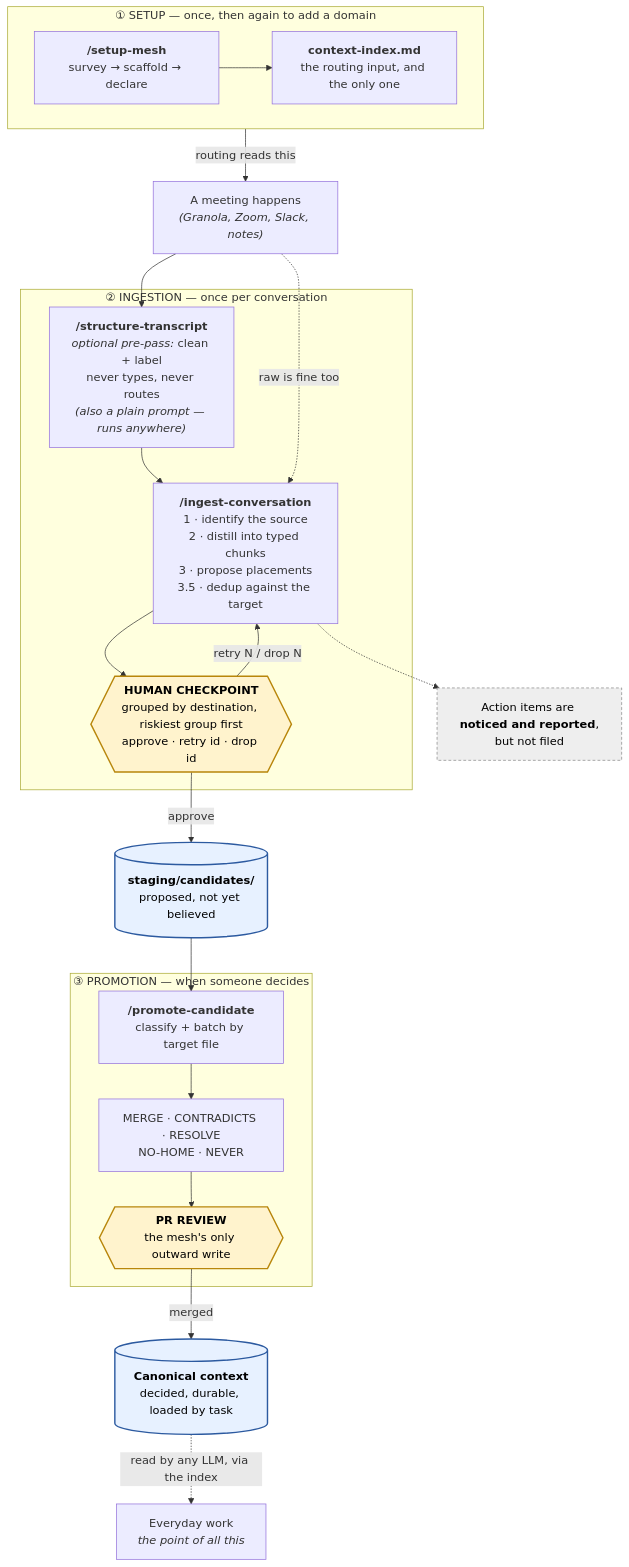
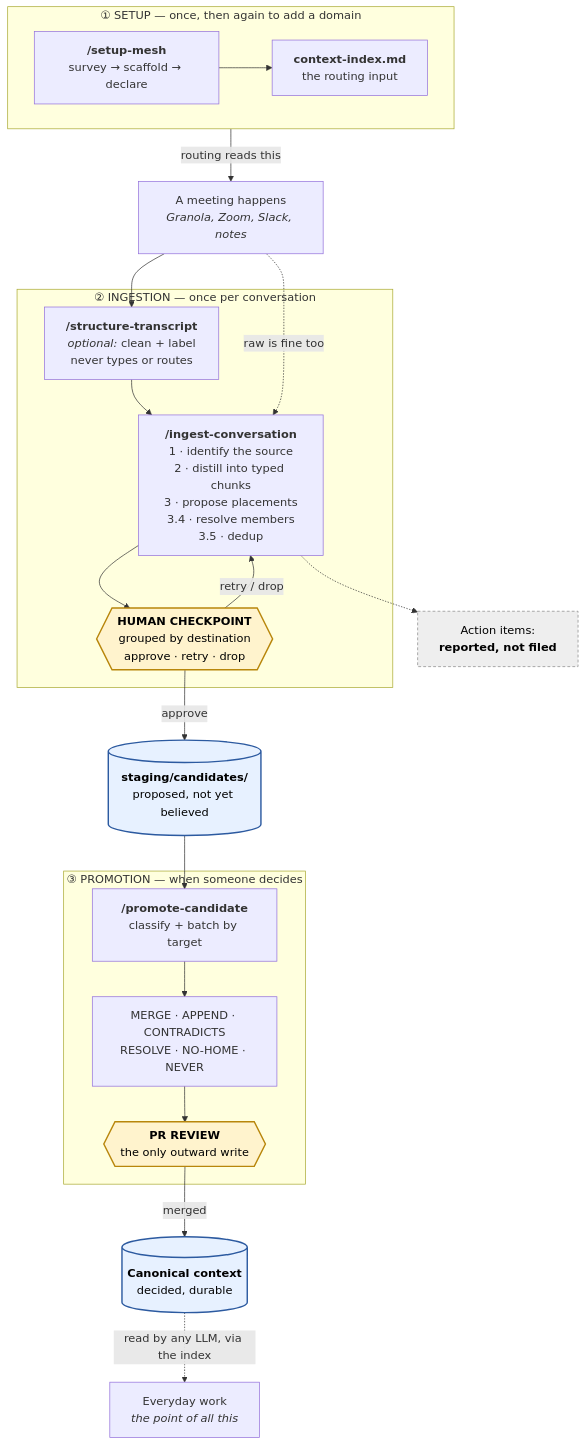
One commit to mitchell-ee/context-mesh-claude changed the first of 2 diagrams in docs/how-it-works.md. Above: the diagram before and after it, drawn with Mermaid. The commit also changed other lines of this file and 17 other files, not shown here.

First line of the commit message:
ee-context-mesh 0.14.0

````diff
--- a/docs/how-it-works.md
+++ b/docs/how-it-works.md
@@ -22,47 +33,47 @@
 ```mermaid
 flowchart TD
     subgraph SETUP["① SETUP — once, then again to add a domain"]
         direction LR
-        S1["<b>/setup-mesh</b><br/>survey → scaffold → declare"] --> S2["<b>context-index.md</b><br/>the routing input, and the only one"]
+        S1["<b>/setup-mesh</b><br/>survey → scaffold → declare"] --> S2["<b>context-index.md</b><br/>the routing input"]
     end
 
-    M["A meeting happens<br/><i>(Granola, Zoom, Slack, notes)</i>"]
+    M["A meeting happens<br/><i>Granola, Zoom, Slack, notes</i>"]
 
     subgraph INGEST["② INGESTION — once per conversation"]
-        P["<b>/structure-transcript</b><br/><i>optional pre-pass:</i> clean + label<br/>never types, never routes<br/><i>(also a plain prompt — runs anywhere)</i>"]
-        I1["<b>/ingest-conversation</b><br/>1 · identify the source<br/>2 · distill into typed chunks<br/>3 · propose placements<br/>3.5 · dedup against the target"]
-        GATE1{{"<b>HUMAN CHECKPOINT</b><br/>grouped by destination, riskiest group first<br/>approve · retry id · drop id"}}
+        P["<b>/structure-transcript</b><br/><i>optional:</i> clean + label<br/>never types or routes"]
+        I1["<b>/ingest-conversation</b><br/>1 · identify the source<br/>2 · distill into typed chunks<br/>3 · propose placements<br/>3.4 · resolve members<br/>3.5 · dedup"]
+        GATE1{{"<b>HUMAN CHECKPOINT</b><br/>grouped by destination<br/>approve · retry · drop"}}
         P --> I1
         I1 --> GATE1
-        GATE1 -->|"retry N / drop N"| I1
+        GATE1 -->|"retry / drop"| I1
     end
 
     ST[("<b>staging/candidates/</b><br/>proposed, not yet believed")]
 
     subgraph PROMOTE["③ PROMOTION — when someone decides"]
-        C["<b>/promote-candidate</b><br/>classify + batch by target file"]
-        V["MERGE · CONTRADICTS · RESOLVE<br/>NO-HOME · NEVER"]
-        GATE2{{"<b>PR REVIEW</b><br/>the mesh's only outward write"}}
+        C["<b>/promote-candidate</b><br/>classify + batch by target"]
+        V["MERGE · APPEND · CONTRADICTS<br/>RESOLVE · NO-HOME · NEVER"]
+        GATE2{{"<b>PR REVIEW</b><br/>the only outward write"}}
         C --> V --> GATE2
     end
 
-    CANON[("<b>Canonical context</b><br/>decided, durable, loaded by task")]
+    CANON[("<b>Canonical context</b><br/>decided, durable")]
     USE["Everyday work<br/><i>the point of all this</i>"]
-    TODO["Action items are <b>noticed and reported</b>,<br/>but not filed"]
+    TODO["Action items:<br/><b>reported, not filed</b>"]
 
     S2 -->|"routing reads this"| M
     M --> P
     M -.->|"raw is fine too"| I1
     GATE1 -->|approve| ST
     ST --> C
     GATE2 -->|merged| CANON
     CANON -.->|"read by any LLM, via the index"| USE
     I1 -.-> TODO
 
     classDef gate fill:#fff3cd,stroke:#b8860b,stroke-width:2px,color:#000
     classDef store fill:#e7f1ff,stroke:#2c5aa0,stroke-width:2px,color:#000
     classDef out fill:#eee,stroke:#888,stroke-dasharray:4 3,color:#000
     class GATE1,GATE2 gate
     class ST,CANON store
     class TODO out
 ```
````
